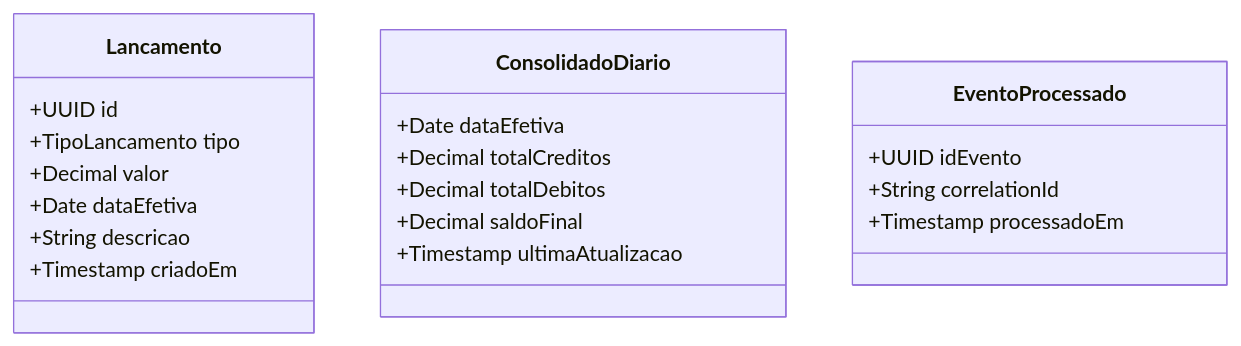
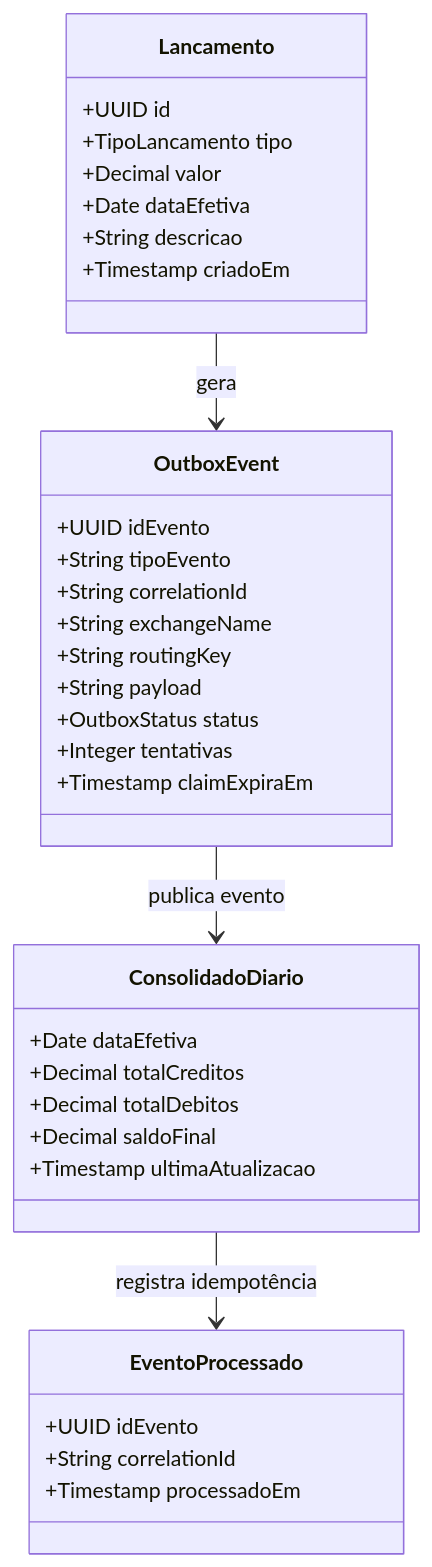
The second of 5 diagrams in docs/arquitetura.md (jbjares/servico-controle-lancamentos-consolidado), drawn with Mermaid before and after one commit. The commit also changed other lines of this file and 97 other files, not shown here.

````diff
--- a/docs/arquitetura.md
+++ b/docs/arquitetura.md
@@ -403,25 +417,41 @@
 ```mermaid
 classDiagram
     class Lancamento {
         +UUID id
         +TipoLancamento tipo
         +Decimal valor
         +Date dataEfetiva
         +String descricao
         +Timestamp criadoEm
     }
 
     class ConsolidadoDiario {
         +Date dataEfetiva
         +Decimal totalCreditos
         +Decimal totalDebitos
         +Decimal saldoFinal
         +Timestamp ultimaAtualizacao
     }
 
+    class OutboxEvent {
+        +UUID idEvento
+        +String tipoEvento
+        +String correlationId
+        +String exchangeName
+        +String routingKey
+        +String payload
+        +OutboxStatus status
+        +Integer tentativas
+        +Timestamp claimExpiraEm
+    }
+
     class EventoProcessado {
         +UUID idEvento
         +String correlationId
         +Timestamp processadoEm
     }
+
+    Lancamento --> OutboxEvent : gera
+    OutboxEvent --> ConsolidadoDiario : publica evento
+    ConsolidadoDiario --> EventoProcessado : registra idempotência
 ```
````
